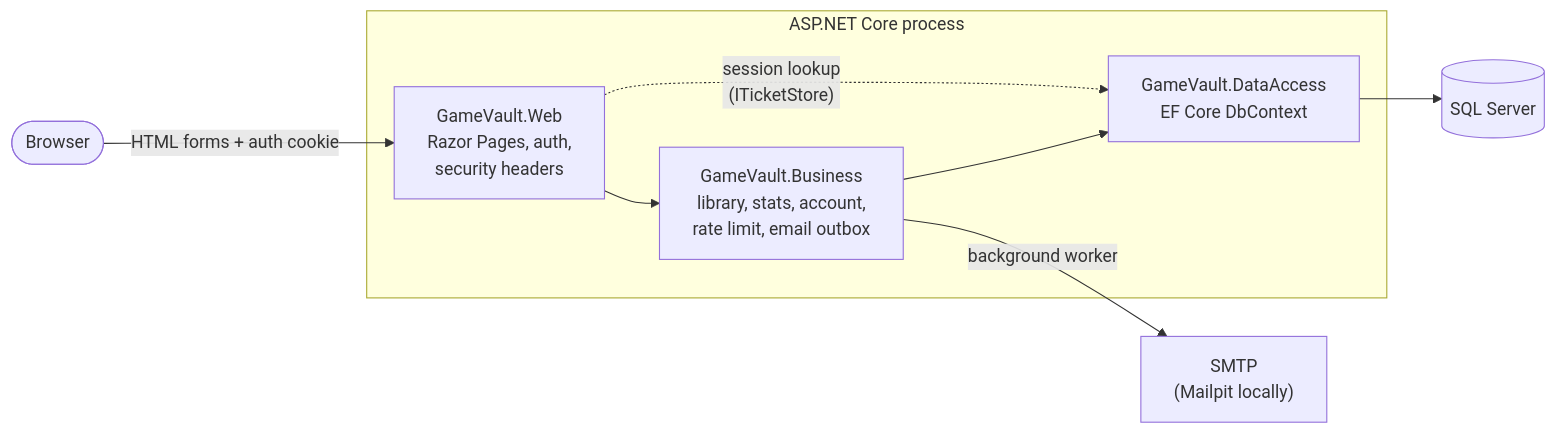
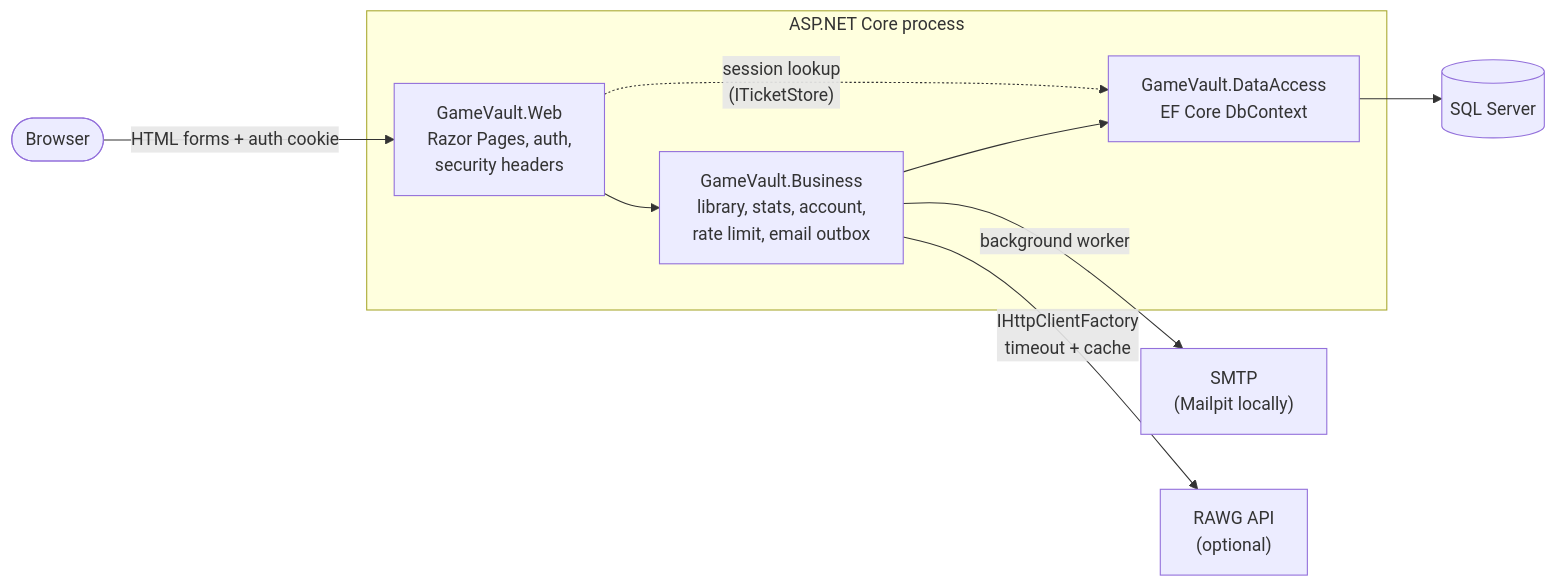
One commit to MertDas24/GameVault changed the first of 2 diagrams in README.md. Above: the diagram before and after it, drawn with Mermaid. The commit also changed other lines of this file and 36 other files, not shown here.

First line of the commit message:
feat: add optional RAWG game search with controlled mapping to the library

````diff
--- a/README.md
+++ b/README.md
@@ -102,15 +108,16 @@
 ```mermaid
 flowchart LR
     B([Browser]) -- "HTML forms + auth cookie" --> W
 
     subgraph App["ASP.NET Core process"]
         W["GameVault.Web<br/>Razor Pages, auth,<br/>security headers"]
         BL["GameVault.Business<br/>library, stats, account,<br/>rate limit, email outbox"]
         D["GameVault.DataAccess<br/>EF Core DbContext"]
         W --> BL --> D
         W -. "session lookup<br/>(ITicketStore)" .-> D
     end
 
     D --> SQL[("SQL Server")]
     BL -- "background worker" --> SMTP["SMTP<br/>(Mailpit locally)"]
+    BL -- "IHttpClientFactory<br/>timeout + cache" --> RAWG["RAWG API<br/>(optional)"]
 ```
````
